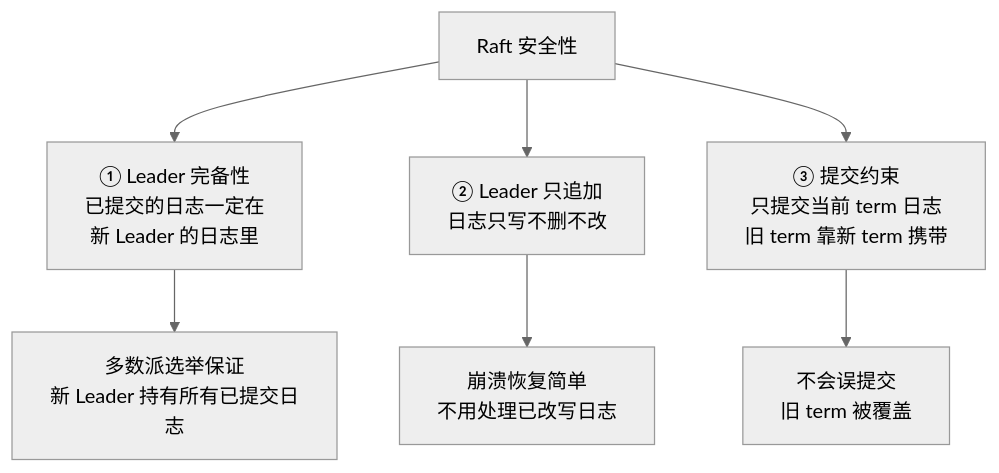
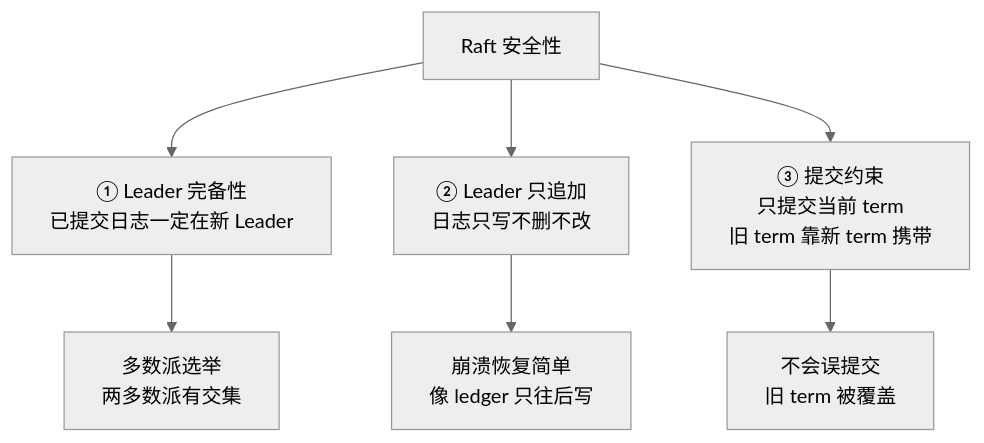
Before and after one commit to ml-cuizijun/LearnToLilith: the seventh of 11 diagrams in 02-中间件与数据库/06-分布式理论与一致性/知识点.md, drawn with Mermaid (neutral theme). The commit also changed other lines of this file and 178 other files, not shown here.

````diff
--- a/02-中间件与数据库/06-分布式理论与一致性/知识点.md
+++ b/02-中间件与数据库/06-分布式理论与一致性/知识点.md
@@ -285,9 +298,9 @@
 ```mermaid
 flowchart TB
-    S["Raft 安全性"] --> R1["① Leader 完备性<br/>已提交的日志一定在<br/>新 Leader 的日志里"]
+    S["Raft 安全性"] --> R1["① Leader 完备性<br/>已提交日志一定在新 Leader"]
     S --> R2["② Leader 只追加<br/>日志只写不删不改"]
-    S --> R3["③ 提交约束<br/>只提交当前 term 日志<br/>旧 term 靠新 term 携带"]
-    R1 --> WHY1["多数派选举保证<br/>新 Leader 持有所有已提交日志"]
-    R2 --> WHY2["崩溃恢复简单<br/>不用处理已改写日志"]
+    S --> R3["③ 提交约束<br/>只提交当前 term<br/>旧 term 靠新 term 携带"]
+    R1 --> WHY1["多数派选举<br/>两多数派有交集"]
+    R2 --> WHY2["崩溃恢复简单<br/>像 ledger 只往后写"]
     R3 --> WHY3["不会误提交<br/>旧 term 被覆盖"]
 ```
````
